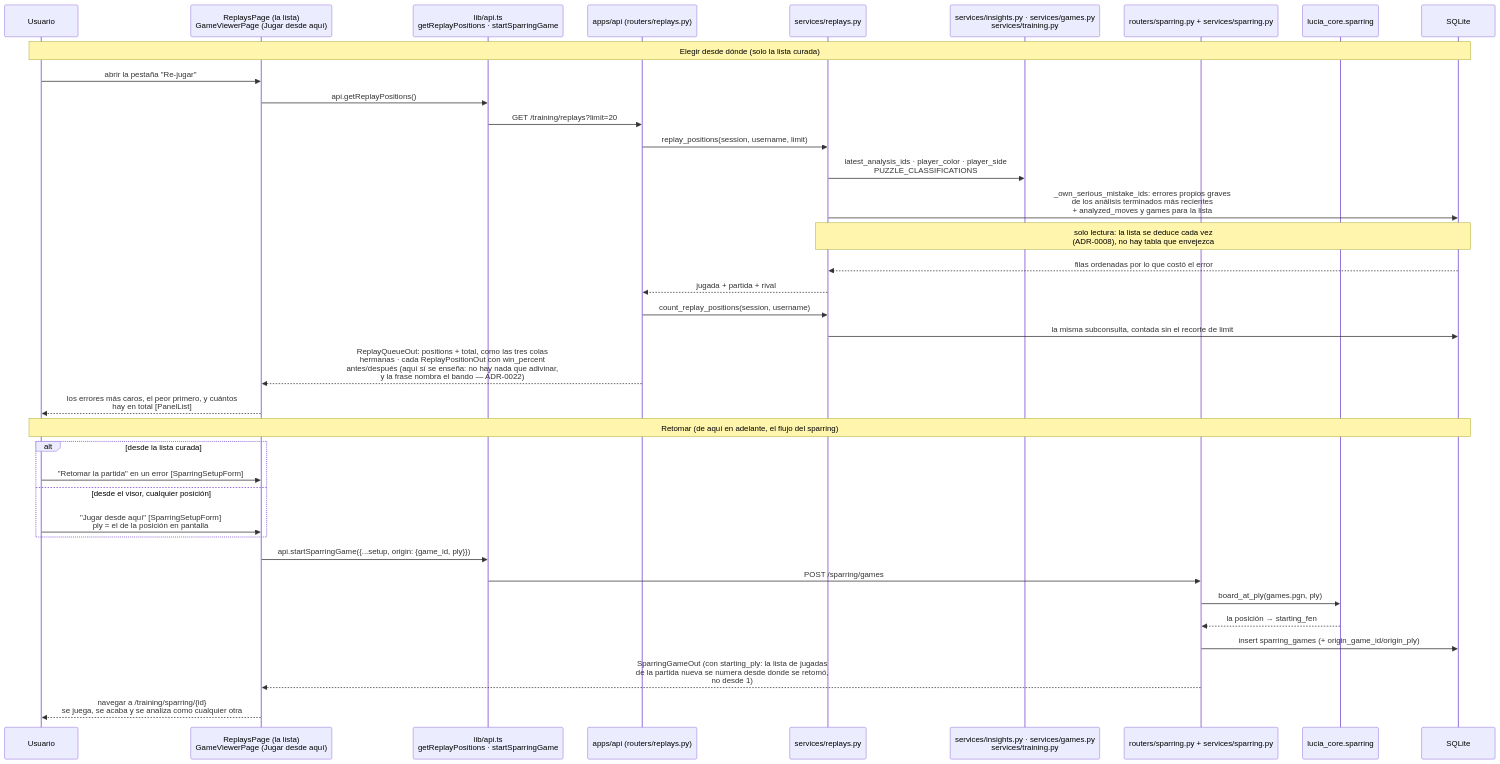
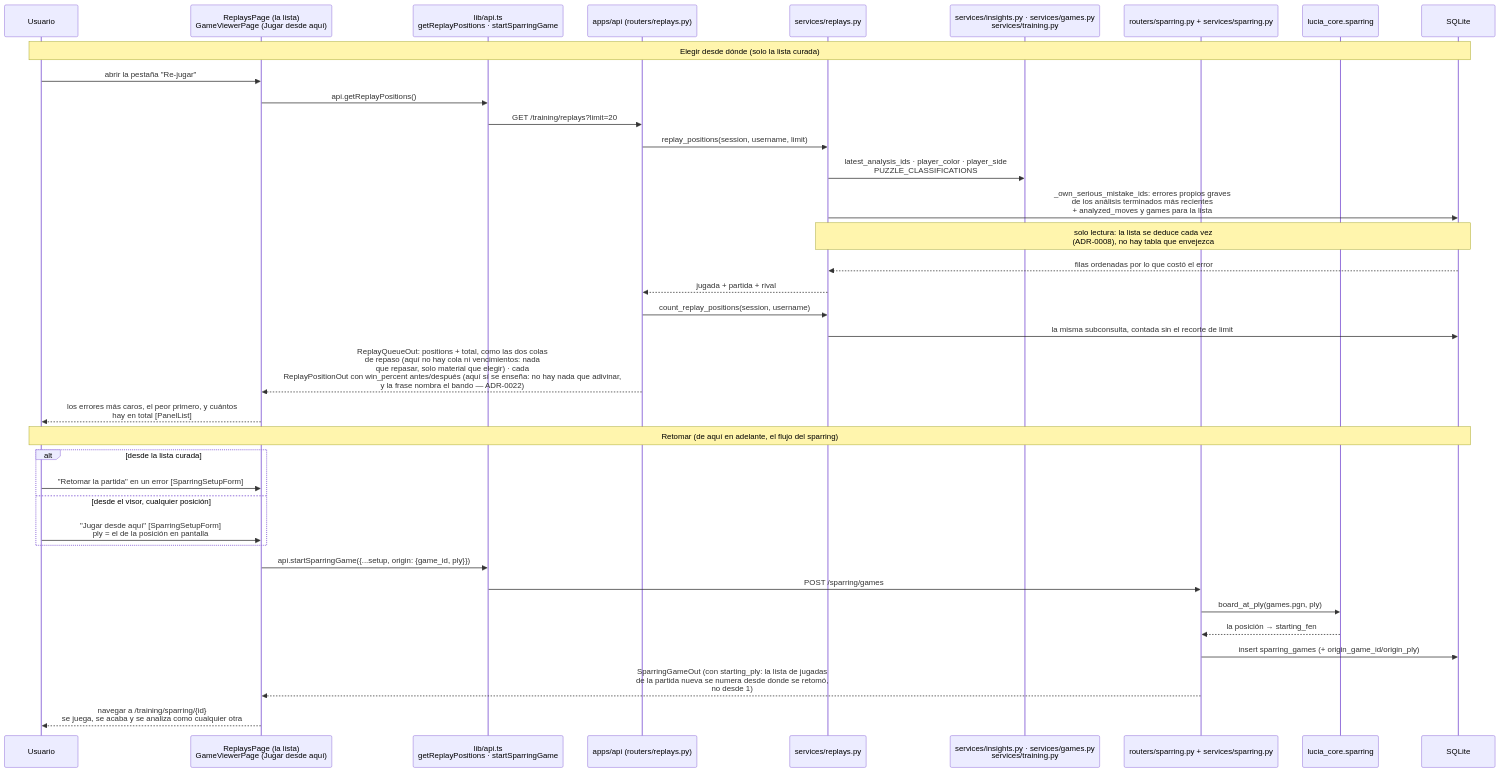
Diagram 20 of 21 in docs/06-mapa-del-proyecto.md (SirJsus/LUCIA), drawn with Mermaid before and after one commit. The commit also changed other lines of this file and 87 other files, not shown here.

````diff
--- a/docs/06-mapa-del-proyecto.md
+++ b/docs/06-mapa-del-proyecto.md
@@ -1731,41 +1817,41 @@
 ```mermaid
 sequenceDiagram
     participant U as Usuario
     participant RP as ReplaysPage (la lista)<br/>GameViewerPage (Jugar desde aquí)
     participant AP as lib/api.ts<br/>getReplayPositions · startSparringGame
     participant R as apps/api (routers/replays.py)
     participant SR as services/replays.py
     participant SI as services/insights.py · services/games.py<br/>services/training.py
     participant SP as routers/sparring.py + services/sparring.py
     participant CS as lucia_core.sparring
     participant DB as SQLite
 
     Note over U,DB: Elegir desde dónde (solo la lista curada)
     U->>RP: abrir la pestaña "Re-jugar"
     RP->>AP: api.getReplayPositions()
     AP->>R: GET /training/replays?limit=20
     R->>SR: replay_positions(session, username, limit)
     SR->>SI: latest_analysis_ids · player_color · player_side<br/>PUZZLE_CLASSIFICATIONS
     SR->>DB: _own_serious_mistake_ids: errores propios graves<br/>de los análisis terminados más recientes<br/>+ analyzed_moves y games para la lista
     Note over SR,DB: solo lectura: la lista se deduce cada vez<br/>(ADR-0008), no hay tabla que envejezca
     DB-->>SR: filas ordenadas por lo que costó el error
     SR-->>R: jugada + partida + rival
     R->>SR: count_replay_positions(session, username)
     SR->>DB: la misma subconsulta, contada sin el recorte de limit
-    R-->>RP: ReplayQueueOut: positions + total, como las tres colas<br/>hermanas · cada ReplayPositionOut con win_percent<br/>antes/después (aquí sí se enseña: no hay nada que adivinar,<br/>y la frase nombra el bando — ADR-0022)
+    R-->>RP: ReplayQueueOut: positions + total, como las dos colas<br/>de repaso (aquí no hay cola ni vencimientos: nada<br/>que repasar, solo material que elegir) · cada<br/>ReplayPositionOut con win_percent antes/después (aquí sí se enseña: no hay nada que adivinar,<br/>y la frase nombra el bando — ADR-0022)
     RP-->>U: los errores más caros, el peor primero, y cuántos<br/>hay en total [PanelList]
 
     Note over U,DB: Retomar (de aquí en adelante, el flujo del sparring)
     alt desde la lista curada
         U->>RP: "Retomar la partida" en un error [SparringSetupForm]
     else desde el visor, cualquier posición
         U->>RP: "Jugar desde aquí" [SparringSetupForm]<br/>ply = el de la posición en pantalla
     end
     RP->>AP: api.startSparringGame({...setup, origin: {game_id, ply}})
     AP->>SP: POST /sparring/games
     SP->>CS: board_at_ply(games.pgn, ply)
     CS-->>SP: la posición → starting_fen
     SP->>DB: insert sparring_games (+ origin_game_id/origin_ply)
     SP-->>RP: SparringGameOut (con starting_ply: la lista de jugadas<br/>de la partida nueva se numera desde donde se retomó,<br/>no desde 1)
     RP-->>U: navegar a /training/sparring/{id}<br/>se juega, se acaba y se analiza como cualquier otra
 ```
````
